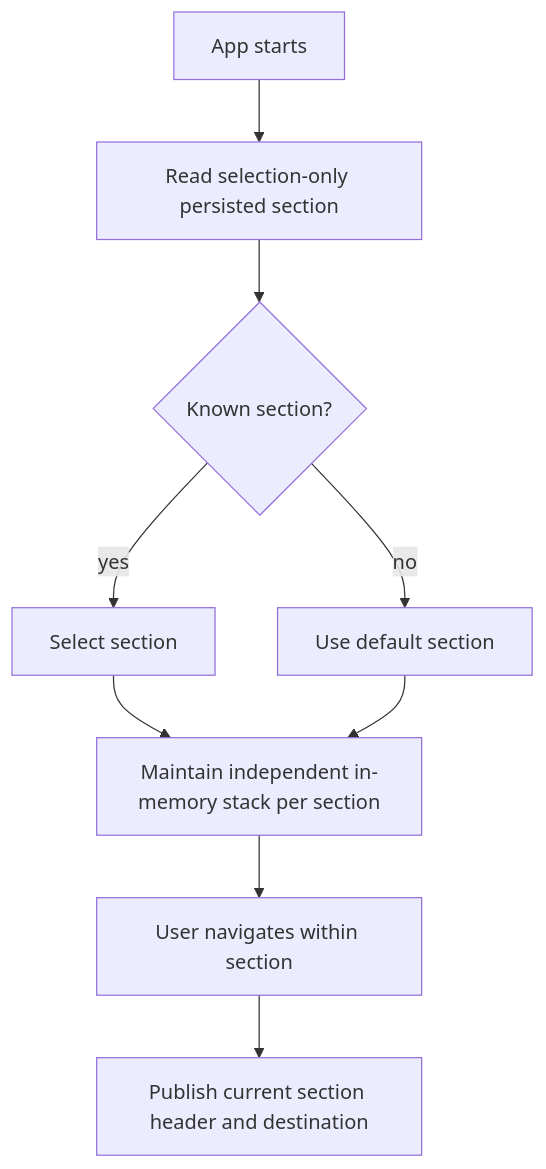
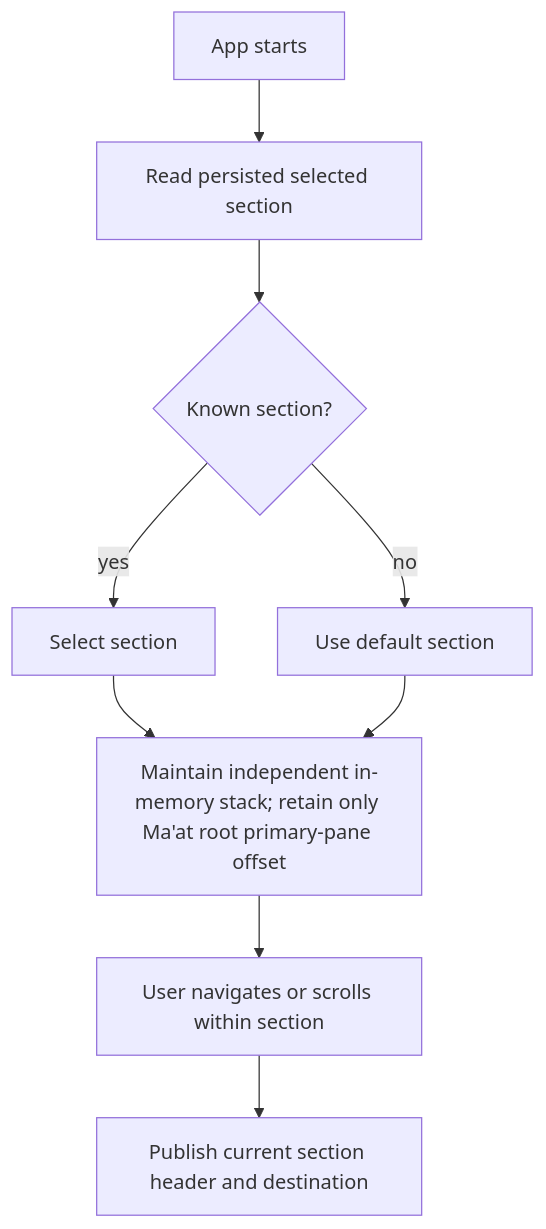
Diagram 19 of 43 in docs/stacklab/pantheon-pt/canon/DIAGRAMS_RUNTIME_NATIVE.md (SirsiMaster/sirsi-pantheon), drawn with Mermaid before and after one commit. The commit also changed other lines of this file and 48 other files, not shown here.

````diff
--- a/docs/stacklab/pantheon-pt/canon/DIAGRAMS_RUNTIME_NATIVE.md
+++ b/docs/stacklab/pantheon-pt/canon/DIAGRAMS_RUNTIME_NATIVE.md
@@ -259,11 +259,11 @@
 ```mermaid
 flowchart TD
-  START[App starts] --> LOAD[Read selection-only persisted section]
+  START[App starts] --> LOAD[Read persisted selected section]
   LOAD --> VALID{Known section?}
   VALID -->|yes| SEL[Select section]
   VALID -->|no| DEF[Use default section]
-  SEL --> STACK[Maintain independent in-memory stack per section]
+  SEL --> STACK[Maintain independent in-memory stack; retain only Ma'at root primary-pane offset]
   DEF --> STACK
-  STACK --> NAV[User navigates within section]
+  STACK --> NAV[User navigates or scrolls within section]
   NAV --> HEAD[Publish current section header and destination]
 ```
````
